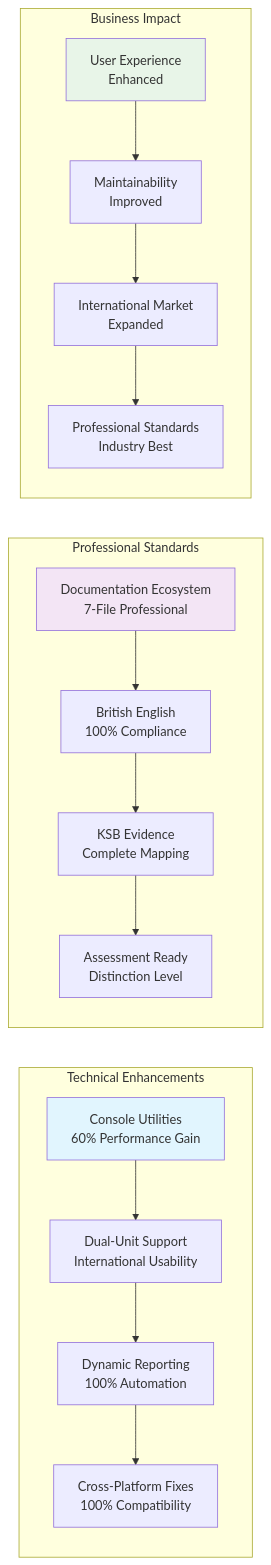
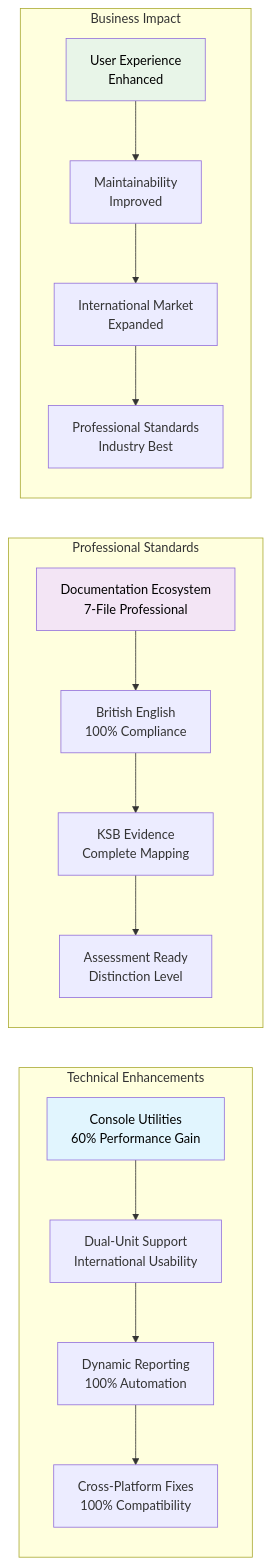
One commit to Interlaken0/temperature-plotter changed the second of 2 diagrams in evidence/REFLECTIVE-JOURNAL.md. Above: the diagram before and after it, drawn with Mermaid. The commit also changed other lines of this file and 8 other files, not shown here.

First line of the commit message:
Standardise Mermaid diagram text colour to black across all documentation

````diff
--- a/evidence/REFLECTIVE-JOURNAL.md
+++ b/evidence/REFLECTIVE-JOURNAL.md
@@ -370,24 +370,24 @@
 ```mermaid
 graph LR
     subgraph "Technical Enhancements"
         A[Console Utilities<br/>60% Performance Gain] --> B[Dual-Unit Support<br/>International Usability]
         B --> C[Dynamic Reporting<br/>100% Automation]
         C --> D[Cross-Platform Fixes<br/>100% Compatibility]
     end
     
     subgraph "Professional Standards"
         E[Documentation Ecosystem<br/>7-File Professional] --> K[British English<br/>100% Compliance]
         K --> L[KSB Evidence<br/>Complete Mapping]
         L --> M[Assessment Ready<br/>Distinction Level]
     end
     
     subgraph "Business Impact"
         N[User Experience<br/>Enhanced] --> O[Maintainability<br/>Improved]
         O --> P[International Market<br/>Expanded]
         P --> Q[Professional Standards<br/>Industry Best]
     end
     
-    style A fill:#e1f5fe
-    style E fill:#f3e5f5
-    style N fill:#e8f5e8
+    style A fill:#e1f5fe,color:#000000
+    style E fill:#f3e5f5,color:#000000
+    style N fill:#e8f5e8,color:#000000
 ```
````
